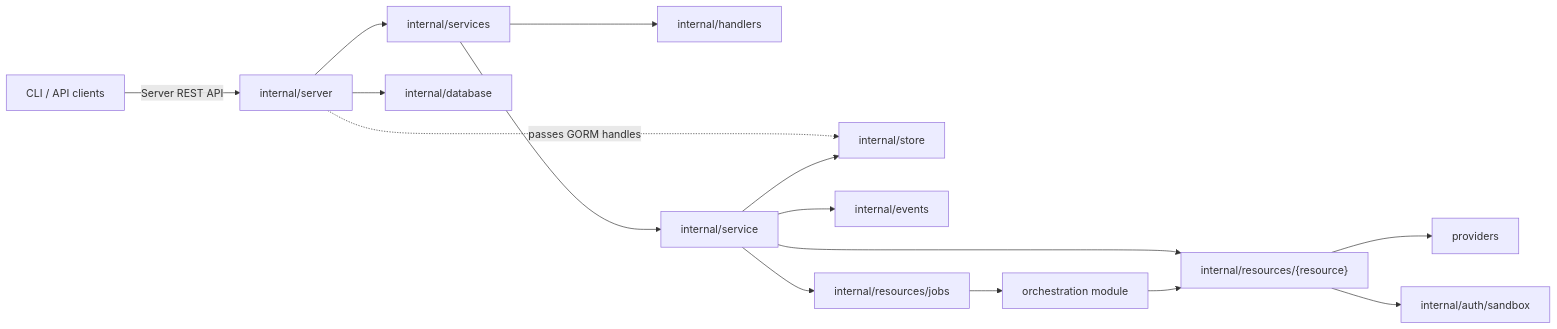
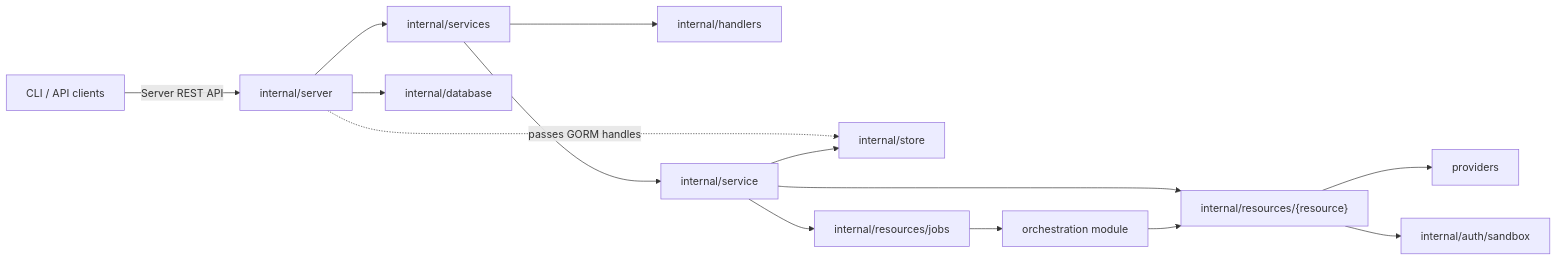
One commit to discobox-ai/discobox changed the first of 2 diagrams in server/DESIGN.md. Above: the diagram before and after it, drawn with Mermaid. The commit also changed other lines of this file and 38 other files, not shown here.

````diff
--- a/server/DESIGN.md
+++ b/server/DESIGN.md
@@ -11,17 +11,16 @@
 ```mermaid
 flowchart LR
     clients[CLI / API clients] -->|Server REST API| http[internal/server]
     http --> api[internal/services]
     api --> handlers[internal/handlers]
     http --> database[internal/database]
     http -. passes GORM handles .-> store[internal/store]
     api --> service[internal/service]
     service --> resources["internal/resources/{resource}"]
     service --> store
-    service --> events[internal/events]
     service --> jobs[internal/resources/jobs]
     jobs --> orchestration[orchestration module]
     orchestration --> resources
     resources --> providers[providers]
     resources --> sandboxauth[internal/auth/sandbox]
 ```
````
